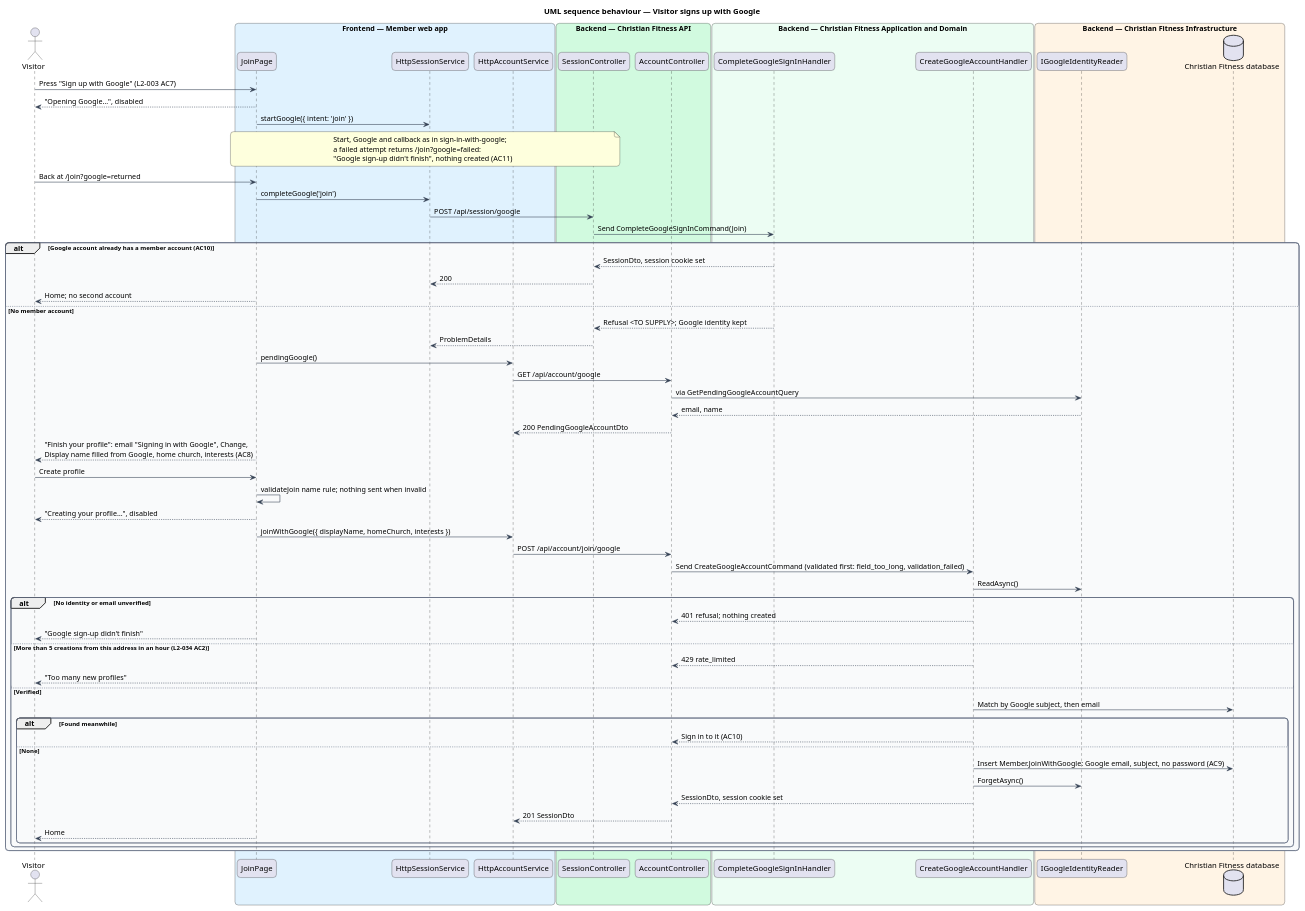
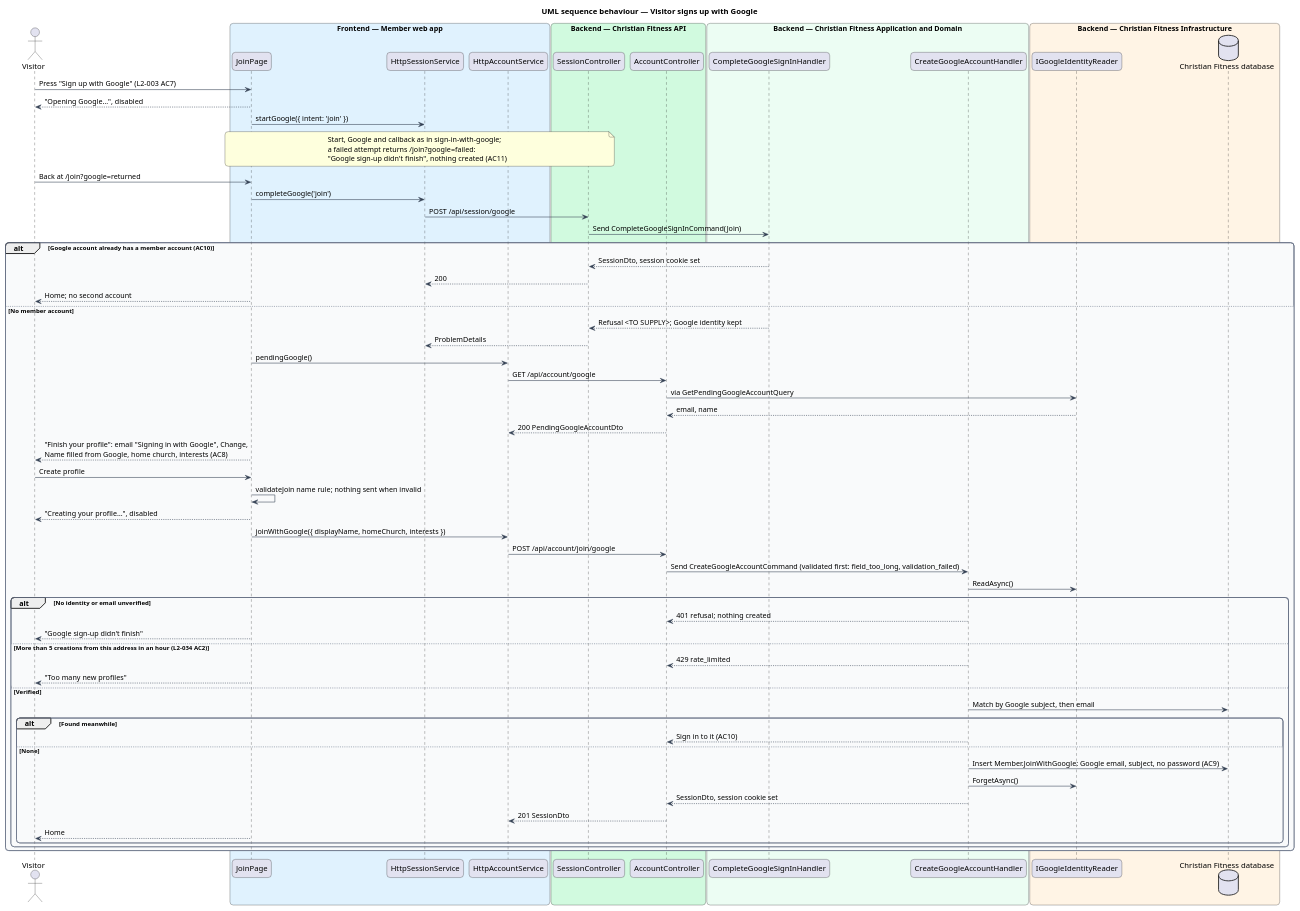
Before and after one commit to QuinntyneBrown/christian-fitness: the diagram in docs/detailed-designs/member-access/create-account/diagrams/sequence-join-with-google.puml, drawn with PlantUML. The commit also changed 47 other files, not shown here.

```diff
--- a/docs/detailed-designs/member-access/create-account/diagrams/sequence-join-with-google.puml
+++ b/docs/detailed-designs/member-access/create-account/diagrams/sequence-join-with-google.puml
@@ -1,82 +1,82 @@
 @startuml
 title UML sequence behaviour — Visitor signs up with Google
 skinparam backgroundColor #FFFFFF
 skinparam shadowing false
 skinparam roundcorner 12
 skinparam defaultFontName Arial
 skinparam ArrowColor #344054
 skinparam rectangle {
   BorderColor #344054
   FontColor #101828
 }
 skinparam package {
   BorderColor #667085
   FontColor #101828
   BackgroundColor #F9FAFB
 }
 actor "Visitor" as actor
 box "Frontend — Member web app" #E0F2FE
   participant "JoinPage" as page
   participant "HttpSessionService" as ses
   participant "HttpAccountService" as acc
 end box
 box "Backend — Christian Fitness API" #D1FADF
   participant "SessionController" as sctrl
   participant "AccountController" as actrl
 end box
 box "Backend — Christian Fitness Application and Domain" #ECFDF3
   participant "CompleteGoogleSignInHandler" as done
   participant "CreateGoogleAccountHandler" as h
 end box
 box "Backend — Christian Fitness Infrastructure" #FFF4E5
   participant "IGoogleIdentityReader" as reader
   database "Christian Fitness database" as db
 end box
 actor -> page : Press "Sign up with Google" (L2-003 AC7)
 page --> actor : "Opening Google…", disabled
 page -> ses : startGoogle({ intent: 'join' })
 note over page, sctrl : Start, Google and callback as in sign-in-with-google;\na failed attempt returns /join?google=failed:\n"Google sign-up didn't finish", nothing created (AC11)
 actor -> page : Back at /join?google=returned
 page -> ses : completeGoogle('join')
 ses -> sctrl : POST /api/session/google
 sctrl -> done : Send CompleteGoogleSignInCommand(Join)
 alt Google account already has a member account (AC10)
   done --> sctrl : SessionDto, session cookie set
   sctrl --> ses : 200
   page --> actor : Home; no second account
 else No member account
   done --> sctrl : Refusal <TO SUPPLY>; Google identity kept
   sctrl --> ses : ProblemDetails
   page -> acc : pendingGoogle()
   acc -> actrl : GET /api/account/google
   actrl -> reader : via GetPendingGoogleAccountQuery
   reader --> actrl : email, name
   actrl --> acc : 200 PendingGoogleAccountDto
-  page --> actor : "Finish your profile": email "Signing in with Google", Change,\nDisplay name filled from Google, home church, interests (AC8)
+  page --> actor : "Finish your profile": email "Signing in with Google", Change,\nName filled from Google, home church, interests (AC8)
   actor -> page : Create profile
   page -> page : validateJoin name rule; nothing sent when invalid
   page --> actor : "Creating your profile…", disabled
   page -> acc : joinWithGoogle({ displayName, homeChurch, interests })
   acc -> actrl : POST /api/account/join/google
   actrl -> h : Send CreateGoogleAccountCommand (validated first: field_too_long, validation_failed)
   h -> reader : ReadAsync()
   alt No identity or email unverified
     h --> actrl : 401 refusal; nothing created
     page --> actor : "Google sign-up didn't finish"
   else More than 5 creations from this address in an hour (L2-034 AC2)
     h --> actrl : 429 rate_limited
     page --> actor : "Too many new profiles"
   else Verified
     h -> db : Match by Google subject, then email
     alt Found meanwhile
       h --> actrl : Sign in to it (AC10)
     else None
       h -> db : Insert Member.JoinWithGoogle: Google email, subject, no password (AC9)
       h -> reader : ForgetAsync()
       h --> actrl : SessionDto, session cookie set
       actrl --> acc : 201 SessionDto
       page --> actor : Home
     end
   end
 end
 @enduml
```
